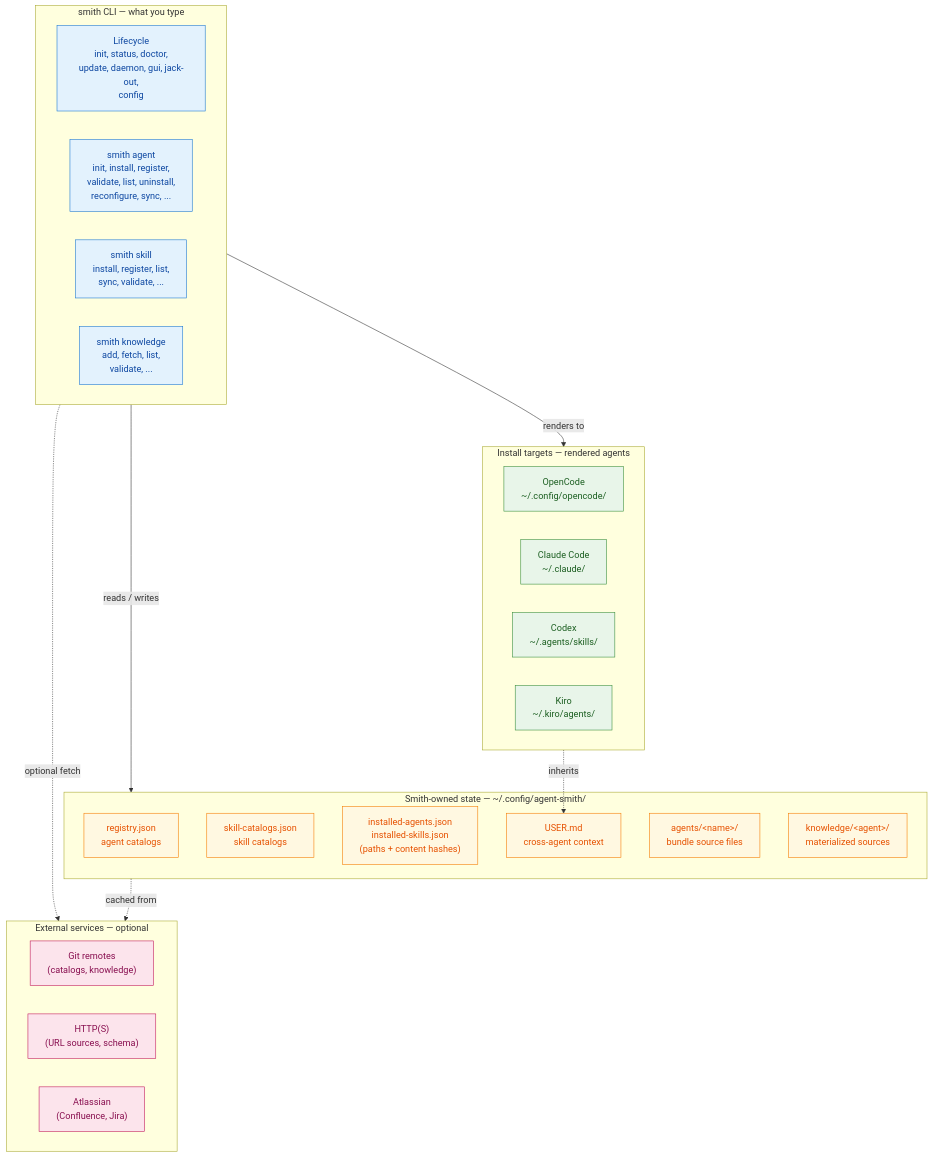
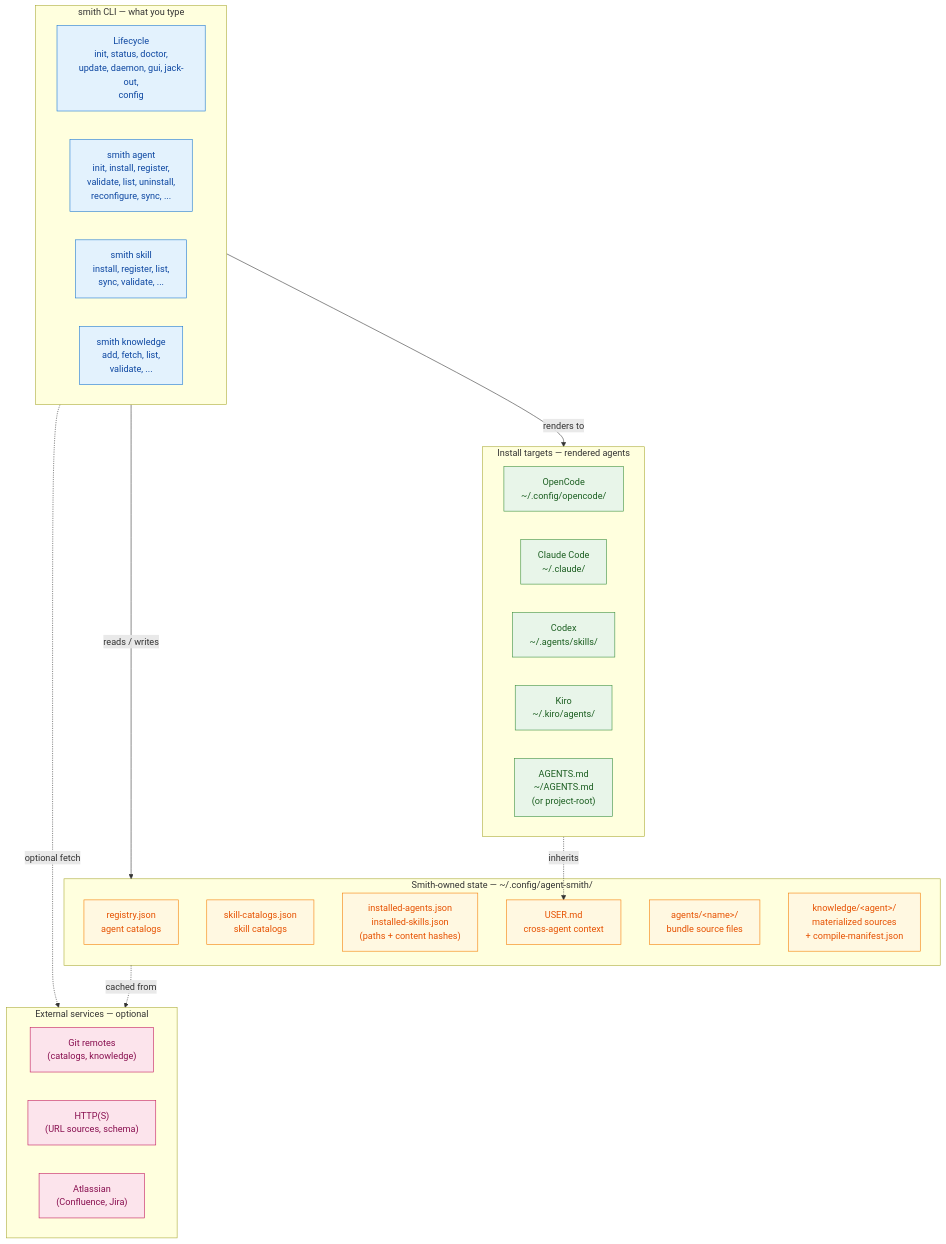
The first of 3 diagrams in ARCHITECTURE.md (eliharoun/agent-smith), drawn with Mermaid before and after one commit. The commit also changed other lines of this file, not shown here.

First line of the commit message:
docs(architecture): refresh for v2/v2.1

````diff
--- a/ARCHITECTURE.md
+++ b/ARCHITECTURE.md
@@ -38,46 +40,47 @@
 ```mermaid
 flowchart TB
     subgraph CLI["smith CLI — what you type"]
         L["Lifecycle<br/>init, status, doctor,<br/>update, daemon, gui, jack-out,<br/>config"]
         A["smith agent<br/>init, install, register,<br/>validate, list, uninstall,<br/>reconfigure, sync, ..."]
         S["smith skill<br/>install, register, list,<br/>sync, validate, ..."]
         K["smith knowledge<br/>add, fetch, list,<br/>validate, ..."]
     end
 
     subgraph State["Smith-owned state — ~/.config/agent-smith/"]
         Reg["registry.json<br/>agent catalogs"]
         SReg["skill-catalogs.json<br/>skill catalogs"]
         Manifest["installed-agents.json<br/>installed-skills.json<br/>(paths + content hashes)"]
         UserMD["USER.md<br/>cross-agent context"]
         Bundles["agents/&lt;name&gt;/<br/>bundle source files"]
-        Knowledge["knowledge/&lt;agent&gt;/<br/>materialized sources"]
+        Knowledge["knowledge/&lt;agent&gt;/<br/>materialized sources<br/>+ compile-manifest.json"]
     end
 
     subgraph Targets["Install targets — rendered agents"]
         OC["OpenCode<br/>~/.config/opencode/"]
         CC["Claude Code<br/>~/.claude/"]
         CX["Codex<br/>~/.agents/skills/"]
         KR["Kiro<br/>~/.kiro/agents/"]
+        AM["AGENTS.md<br/>~/AGENTS.md<br/>(or project-root)"]
     end
 
     subgraph External["External services — optional"]
         Git["Git remotes<br/>(catalogs, knowledge)"]
         Web["HTTP(S)<br/>(URL sources, schema)"]
         Atlassian["Atlassian<br/>(Confluence, Jira)"]
     end
 
     CLI -->|reads / writes| State
     CLI -->|renders to| Targets
     CLI -.->|optional fetch| External
     State -.->|cached from| External
     Targets -.->|inherits| UserMD
 
     classDef cli fill:#e3f2fd,stroke:#1976d2,color:#0d47a1
     classDef state fill:#fff8e1,stroke:#f57c00,color:#e65100
     classDef target fill:#e8f5e9,stroke:#388e3c,color:#1b5e20
     classDef ext fill:#fce4ec,stroke:#c2185b,color:#880e4f
     class L,A,S,K cli
     class Reg,SReg,Manifest,UserMD,Bundles,Knowledge state
-    class OC,CC,CX,KR target
+    class OC,CC,CX,KR,AM target
     class Git,Web,Atlassian ext
 ```
````
